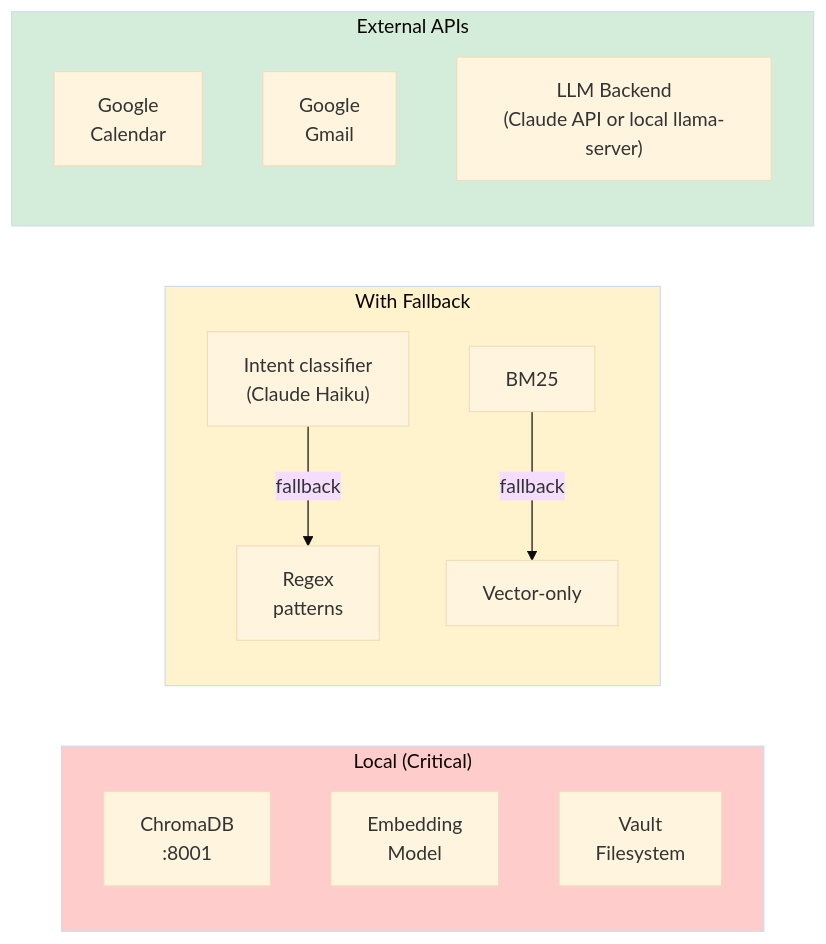
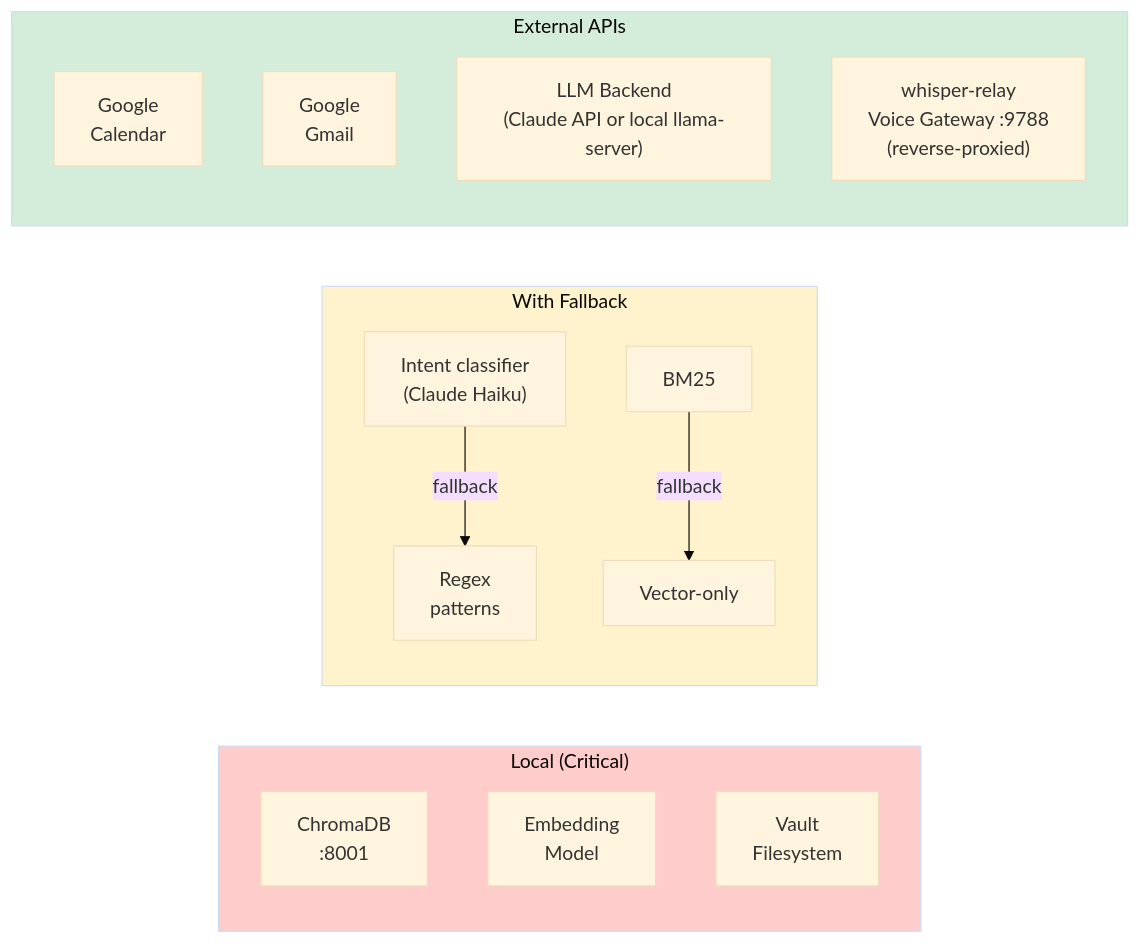
One commit to nbramia/LifeOS changed the third of 3 diagrams in README.md. Above: the diagram before and after it, drawn with Mermaid (base theme). The commit also changed 2 other files, not shown here.

Commit message:
docs(voice): ADR-016 + client-surfaces + README for the voice reverse proxy
Architecture-topology rule (docs/AGENTS.md): #361 changes the whisper-relay
integration, so document it in the same PR.

- ADR-016: reverse-proxy the voice gateway through LifeOS (same-origin mic/HTTPS,
  transport-only invariant, no SSRF); repoint the ADR citations
- client-surfaces.md: voice reverse-proxy surface + the voice turn contract
- README: whisper-relay voice gateway in the Service Dependencies diagram

````diff
--- a/README.md
+++ b/README.md
@@ -272,26 +272,27 @@
 ```mermaid
 flowchart LR
     subgraph Local["Local (Critical)"]
         direction TB
         ChromaDB["ChromaDB\n:8001"]
         Embed["Embedding\nModel"]
         Vault["Vault\nFilesystem"]
     end
 
     subgraph Fallback["With Fallback"]
         direction TB
         Intent["Intent classifier\n(Claude Haiku)"] -->|fallback| Patterns["Regex\npatterns"]
         BM25["BM25"] -->|fallback| VecOnly["Vector-only"]
     end
 
     subgraph External["External APIs"]
         direction TB
         GCal["Google\nCalendar"]
         Gmail["Google\nGmail"]
         LLM["LLM Backend\n(Claude API or local llama-server)"]
+        Voice["whisper-relay\nVoice Gateway :9788\n(reverse-proxied)"]
     end
 
     style Local fill:#ffcccc
     style Fallback fill:#fff3cd
     style External fill:#d4edda
 ```
````
